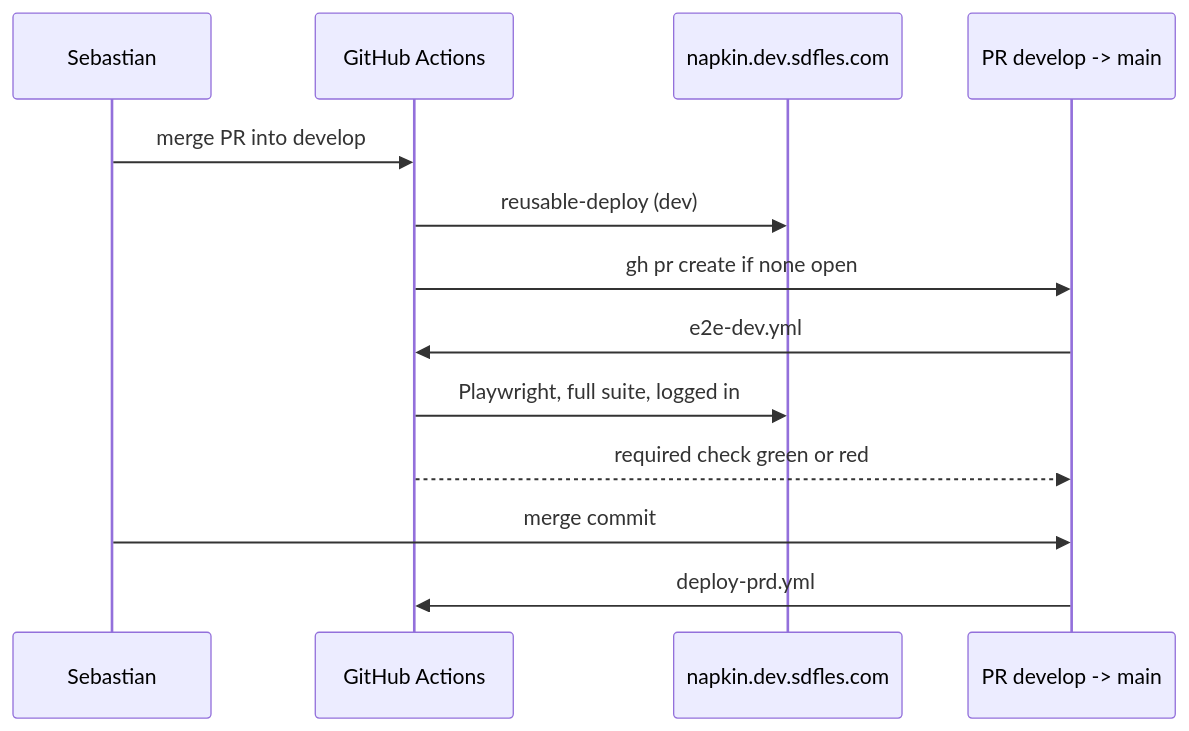
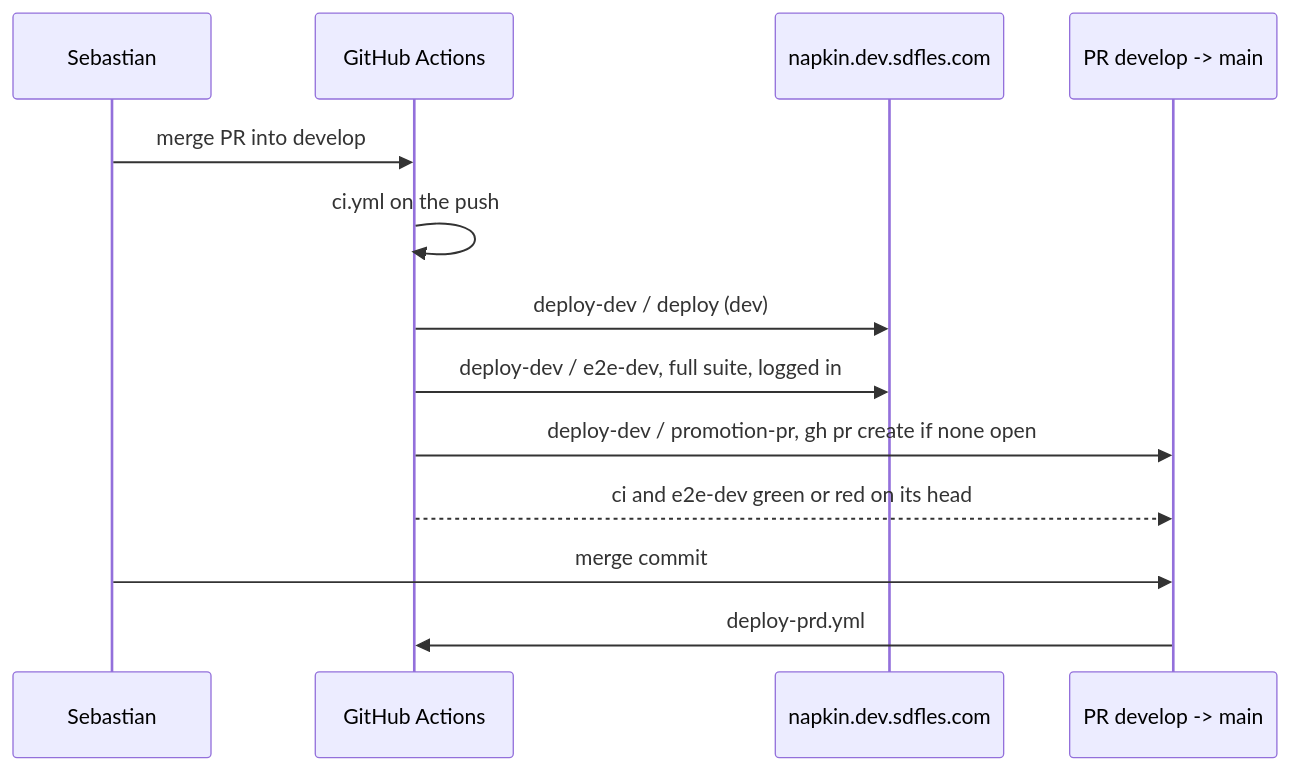
The first of 2 diagrams in docs/modules/deploy/flows.md (sebasfles/my-napkin), drawn with Mermaid before and after one commit. The commit also changed other lines of this file and 41 other files, not shown here.

First line of the commit message:
feat(deploy,infra): deploy develop to dev and main to prd, with Terraform owning the Actions environments, round 1

````diff
--- a/docs/modules/deploy/flows.md
+++ b/docs/modules/deploy/flows.md
@@ -12,16 +15,16 @@
 ```mermaid
 sequenceDiagram
   participant S as Sebastian
   participant GH as GitHub Actions
   participant DEV as napkin.dev.sdfles.com
   participant PR as PR develop -> main
 
   S->>GH: merge PR into develop
-  GH->>DEV: reusable-deploy (dev)
-  GH->>PR: gh pr create if none open
-  PR->>GH: e2e-dev.yml
-  GH->>DEV: Playwright, full suite, logged in
-  GH-->>PR: required check green or red
+  GH->>GH: ci.yml on the push
+  GH->>DEV: deploy-dev / deploy (dev)
+  GH->>DEV: deploy-dev / e2e-dev, full suite, logged in
+  GH->>PR: deploy-dev / promotion-pr, gh pr create if none open
+  GH-->>PR: ci and e2e-dev green or red on its head
   S->>PR: merge commit
   PR->>GH: deploy-prd.yml
 ```
````
